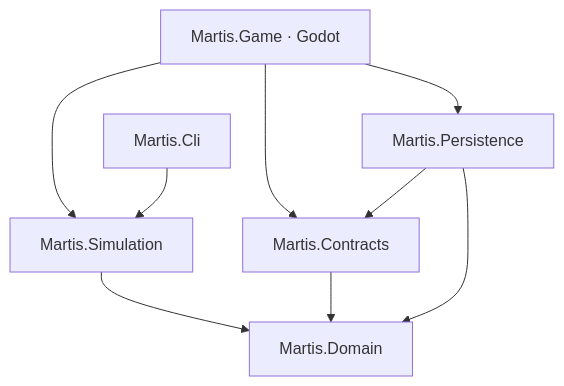
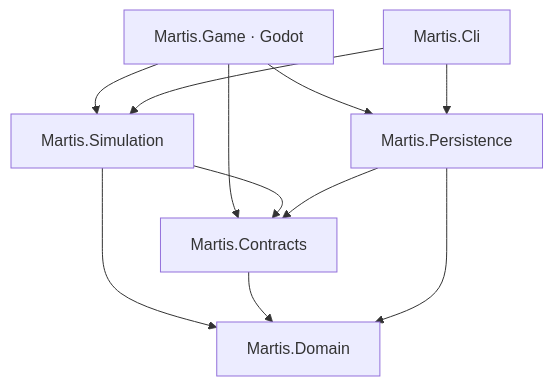
One commit to CerealKillerjs/martis changed the diagram in docs/ADR/ADR-000-reglas-de-arquitectura.md. Above: the diagram before and after it, drawn with Mermaid. The commit also changed other lines of this file and 14 other files, not shown here.

````diff
--- a/docs/ADR/ADR-000-reglas-de-arquitectura.md
+++ b/docs/ADR/ADR-000-reglas-de-arquitectura.md
@@ -29,11 +29,13 @@
 ```mermaid
 graph TD
   Game[Martis.Game · Godot] --> Simulation[Martis.Simulation]
   Game --> Contracts[Martis.Contracts]
   Game --> Persistence[Martis.Persistence]
   Cli[Martis.Cli] --> Simulation
+  Cli --> Persistence
   Simulation --> Domain[Martis.Domain]
+  Simulation --> Contracts
   Contracts --> Domain
   Persistence --> Contracts
   Persistence --> Domain
 ```
````
